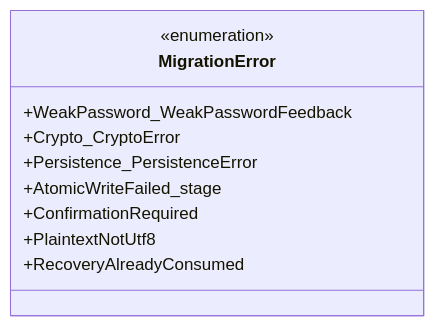
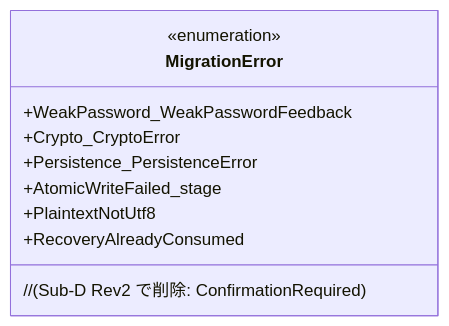
Before and after one commit to shikomi-dev/shikomi: the diagram in docs/features/vault-encryption/detailed-design/repository-and-migration.md, drawn with Mermaid. The commit also changed other lines of this file and 3 other files, not shown here.

First line of the commit message:
docs(vault-encryption): Sub-D Rev2 — sync DecryptConfirmation::confirm signature

````diff
--- a/docs/features/vault-encryption/detailed-design/repository-and-migration.md
+++ b/docs/features/vault-encryption/detailed-design/repository-and-migration.md
@@ -333,13 +347,13 @@
 ```mermaid
 classDiagram
     class MigrationError {
         <<enumeration>>
         +WeakPassword_WeakPasswordFeedback
         +Crypto_CryptoError
         +Persistence_PersistenceError
         +AtomicWriteFailed_stage
-        +ConfirmationRequired
+        // (Sub-D Rev2 で削除: ConfirmationRequired)
         +PlaintextNotUtf8
         +RecoveryAlreadyConsumed
     }
 ```
````
